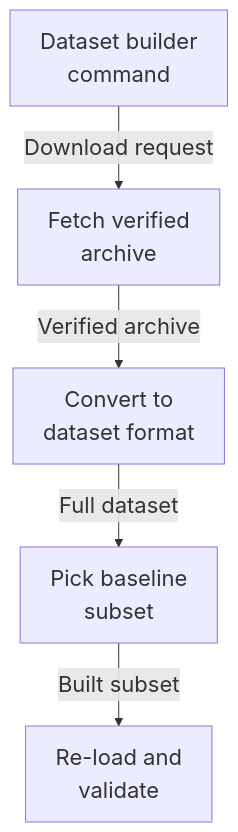
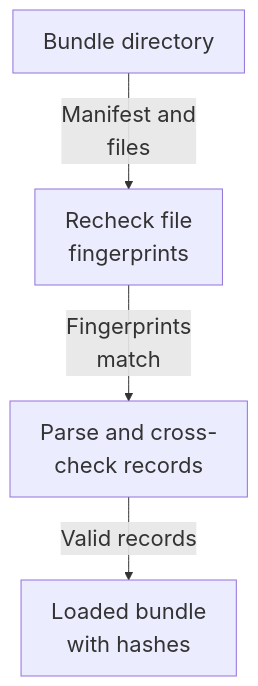
The diagram in maps/evaluation/diagram-03.mmd (Justin-Mendoza/Afterclass), drawn with Mermaid before and after one commit. The commit also changed 85 other files, not shown here.

```diff
--- a/maps/evaluation/diagram-03.mmd
+++ b/maps/evaluation/diagram-03.mmd
@@ -1,11 +1,9 @@
 %%{init: {"themeVariables": {"fontSize": "22px"}}}%%
 flowchart TD
-  n0["Dataset builder<br/>command"]
-  n1["Fetch verified<br/>archive"]
-  n2["Convert to<br/>dataset format"]
-  n3["Pick baseline<br/>subset"]
-  n4["Re-load and<br/>validate"]
-  n0 -->|"Download request"| n1
-  n1 -->|"Verified archive"| n2
-  n2 -->|"Full dataset"| n3
-  n3 -->|"Built subset"| n4
+  n0["Bundle directory"]
+  n1["Recheck file<br/>fingerprints"]
+  n2["Parse and cross-<br/>check records"]
+  n3["Loaded bundle<br/>with hashes"]
+  n0 -->|"Manifest and<br/>files"| n1
+  n1 -->|"Fingerprints<br/>match"| n2
+  n2 -->|"Valid records"| n3
```
